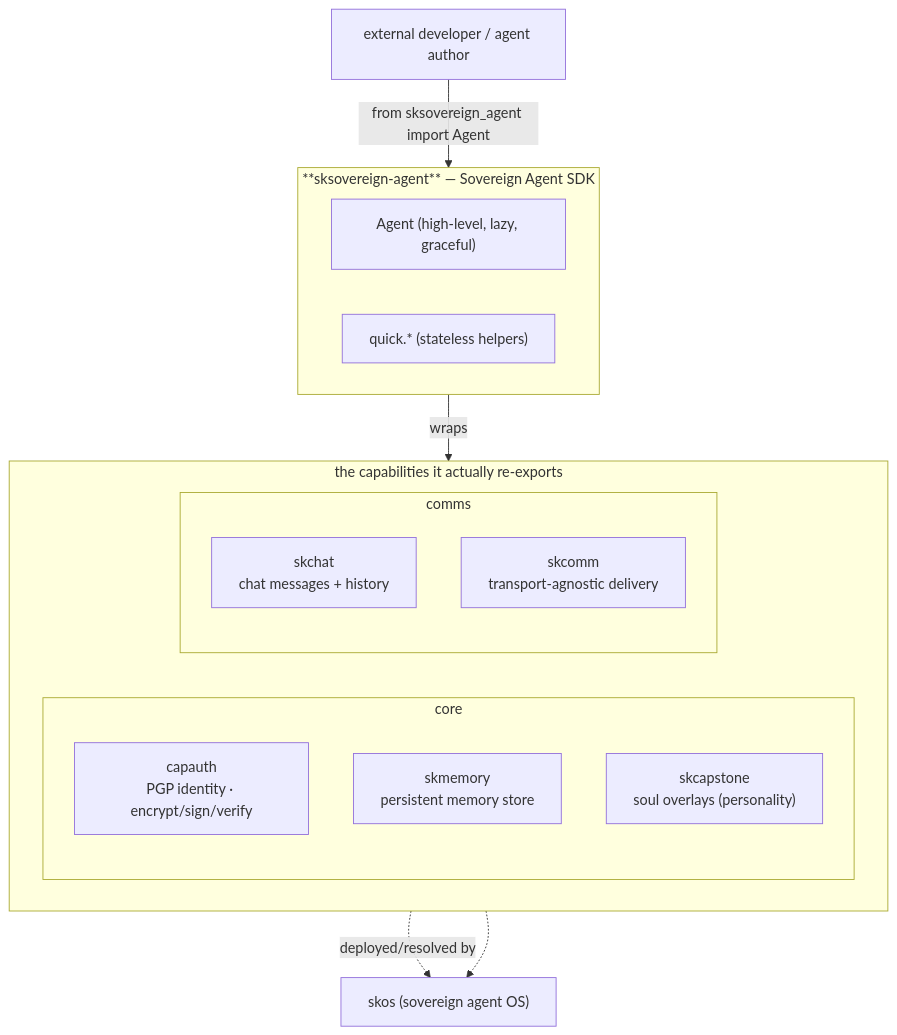
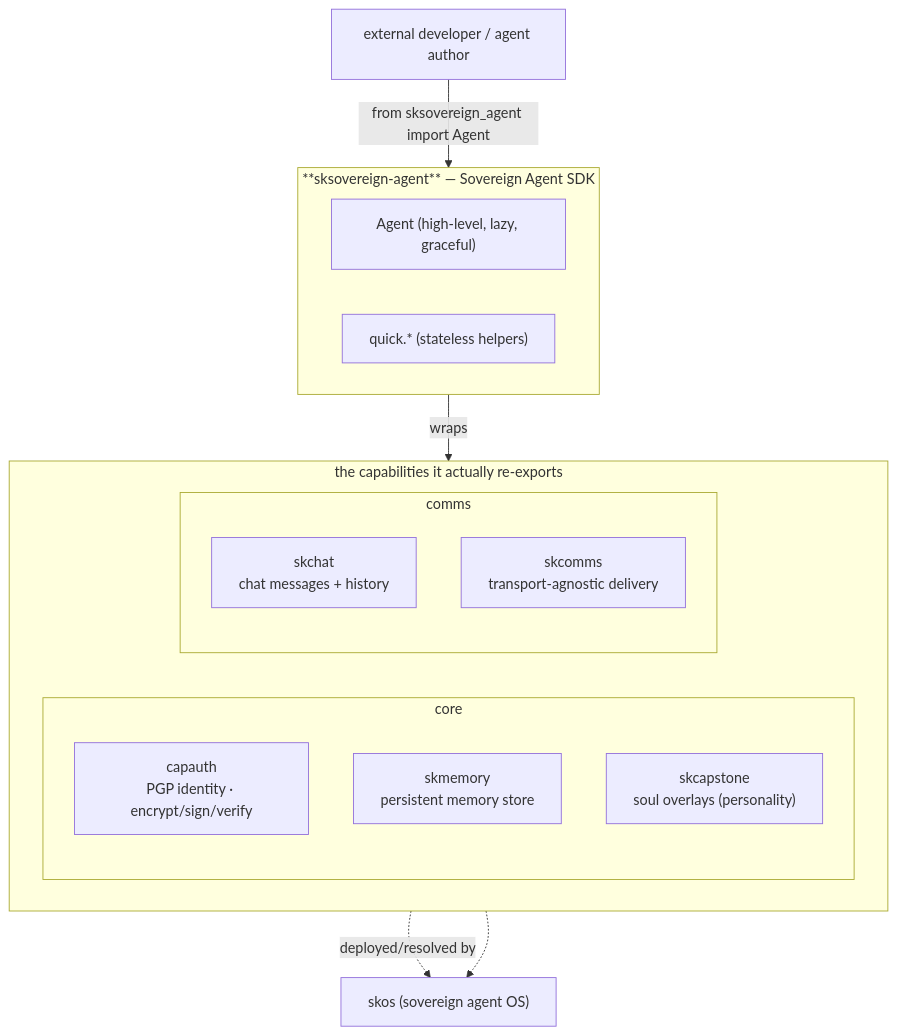
The second of 2 diagrams in README.md (smilinTux/sksovereign-agent), drawn with Mermaid before and after one commit. The commit also changed other lines of this file and 3 other files, not shown here.

Commit message:
refactor: skcomm→skcomms references

````diff
--- a/README.md
+++ b/README.md
@@ -104,23 +104,23 @@
 ```mermaid
 flowchart TD
     DEV["external developer / agent author"] -->|"from sksovereign_agent import Agent"| SDK
     subgraph SDK["**sksovereign-agent** — Sovereign Agent SDK"]
       A["Agent (high-level, lazy, graceful)"]
       Q["quick.* (stateless helpers)"]
     end
     SDK -->|wraps| CAPS
     subgraph CAPS["the capabilities it actually re-exports"]
       direction LR
       subgraph CORE["core"]
         CAPAUTH["capauth<br/>PGP identity · encrypt/sign/verify"]
         SKMEMORY["skmemory<br/>persistent memory store"]
         SKCAP["skcapstone<br/>soul overlays (personality)"]
       end
       subgraph COMMS["comms"]
         SKCHAT["skchat<br/>chat messages + history"]
-        SKCOMM["skcomm<br/>transport-agnostic delivery"]
+        SKCOMMS["skcomms<br/>transport-agnostic delivery"]
       end
     end
     CORE -.->|"deployed/resolved by"| SKOS["skos (sovereign agent OS)"]
     COMMS -.-> SKOS
 ```
````
